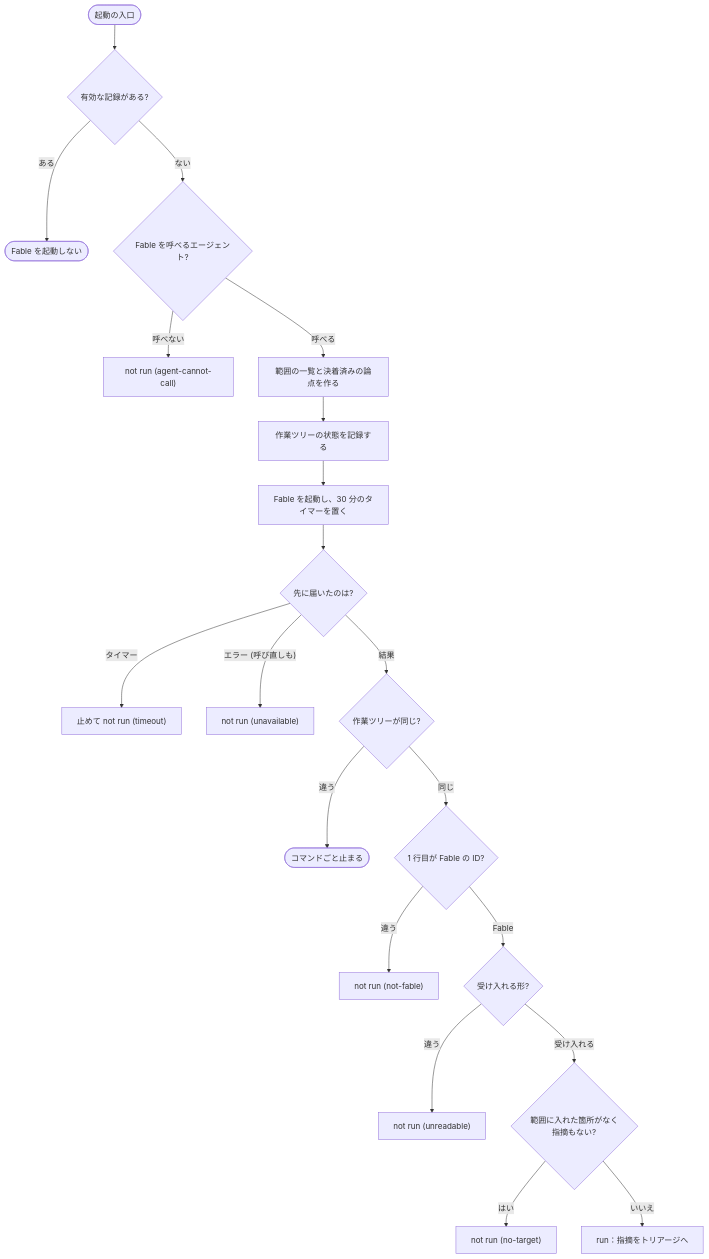
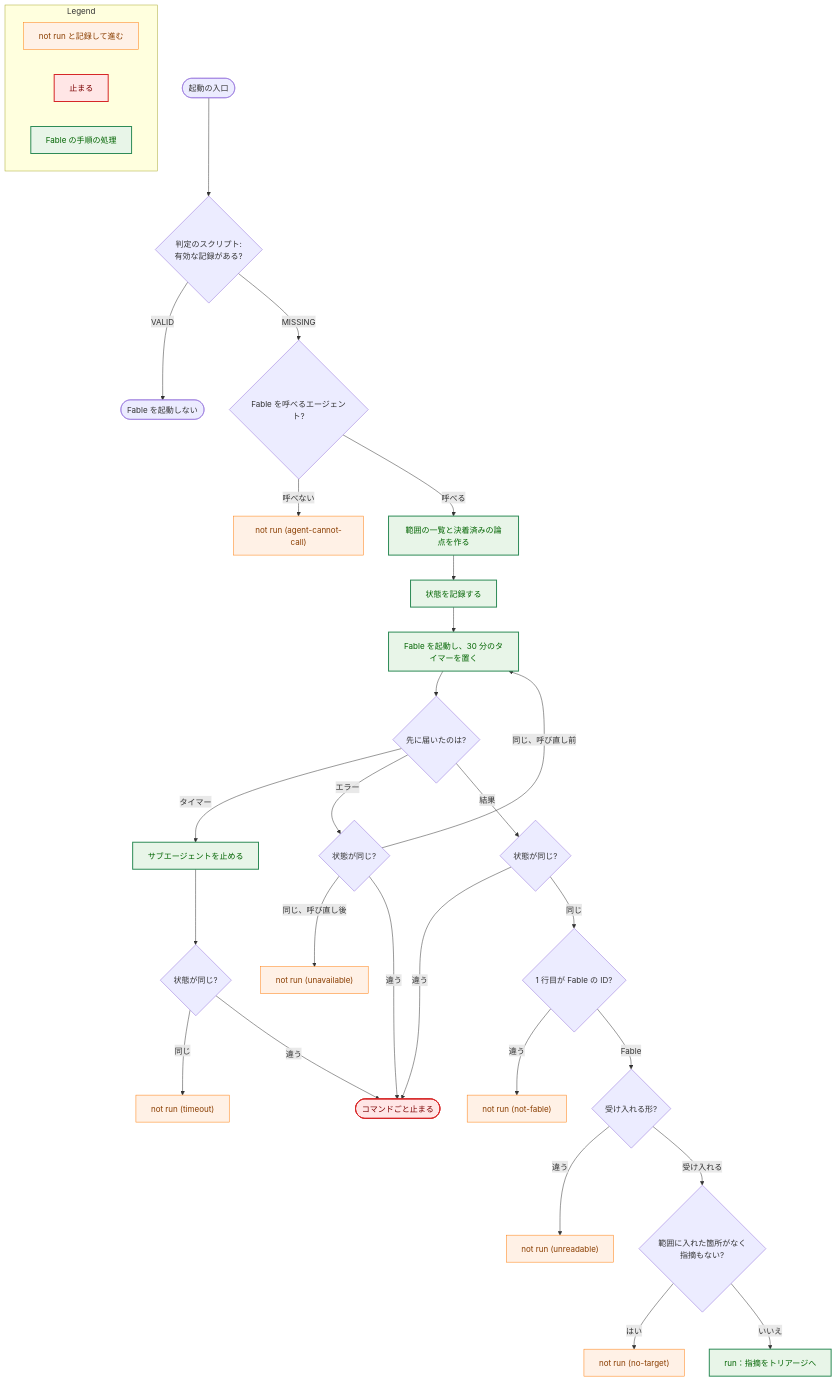
The sixth of 7 diagrams in docs/tasks/0098_fable_partial_review/02_architecture.md (isseis/yt2column), drawn with Mermaid before and after one commit. The commit also changed other lines of this file and 4 other files, not shown here.

First line of the commit message:
docs(0098): apply the review fixes to the architecture

````diff
--- a/docs/tasks/0098_fable_partial_review/02_architecture.md
+++ b/docs/tasks/0098_fable_partial_review/02_architecture.md
@@ -660,22 +785,45 @@
 ```mermaid
 flowchart TD
-    Start(["起動の入口"]) --> Valid{"有効な記録がある?"}
-    Valid -->|"ある"| Skip(["Fable を起動しない"])
-    Valid -->|"ない"| Agent{"Fable を呼べるエージェント?"}
+    classDef process fill:#fff1e6,stroke:#ff7f0e,stroke-width:1px,color:#8a3e00;
+    classDef problem fill:#ffe6e6,stroke:#d62728,stroke-width:2px,color:#7b0000;
+    classDef enhanced fill:#e8f5e8,stroke:#2e8b57,stroke-width:2px,color:#006400;
+
+    Start(["起動の入口"]) --> Valid{"判定のスクリプト:<br>有効な記録がある?"}
+    Valid -->|"VALID"| Skip(["Fable を起動しない"])
+    Valid -->|"MISSING"| Agent{"Fable を呼べるエージェント?"}
     Agent -->|"呼べない"| NR1["not run (agent-cannot-call)"]
     Agent -->|"呼べる"| List["範囲の一覧と決着済みの論点を作る"]
-    List --> Snap["作業ツリーの状態を記録する"]
+    List --> Snap["状態を記録する"]
     Snap --> Launch["Fable を起動し、30 分のタイマーを置く"]
     Launch --> Wait{"先に届いたのは?"}
-    Wait -->|"タイマー"| NR2["止めて not run (timeout)"]
-    Wait -->|"エラー (呼び直しも)"| NR3["not run (unavailable)"]
-    Wait -->|"結果"| Tree{"作業ツリーが同じ?"}
-    Tree -->|"違う"| Stop(["コマンドごと止まる"])
+    Wait -->|"タイマー"| Stop1["サブエージェントを止める"]
+    Wait -->|"エラー"| Tree0{"状態が同じ?"}
+    Wait -->|"結果"| Tree{"状態が同じ?"}
+    Stop1 --> Tree2{"状態が同じ?"}
+    Tree2 -->|"同じ"| NR2["not run (timeout)"]
+    Tree0 -->|"同じ、呼び直し前"| Launch
+    Tree0 -->|"同じ、呼び直し後"| NR3["not run (unavailable)"]
+    Tree -->|"違う"| Halt(["コマンドごと止まる"])
+    Tree0 -->|"違う"| Halt
+    Tree2 -->|"違う"| Halt
     Tree -->|"同じ"| Model{"1 行目が Fable の ID?"}
     Model -->|"違う"| NR4["not run (not-fable)"]
     Model -->|"Fable"| Form{"受け入れる形?"}
     Form -->|"違う"| NR5["not run (unreadable)"]
     Form -->|"受け入れる"| Empty{"範囲に入れた箇所がなく<br>指摘もない?"}
     Empty -->|"はい"| NR6["not run (no-target)"]
     Empty -->|"いいえ"| Run["run：指摘をトリアージへ"]
+
+    class NR1,NR2,NR3,NR4,NR5,NR6 process
+    class Halt problem
+    class Run,List,Snap,Launch,Stop1 enhanced
+
+    subgraph Legend["Legend"]
+        L1["not run と記録して進む"]
+        L2["止まる"]
+        L3["Fable の手順の処理"]
+    end
+    class L1 process
+    class L2 problem
+    class L3 enhanced
 ```
````
